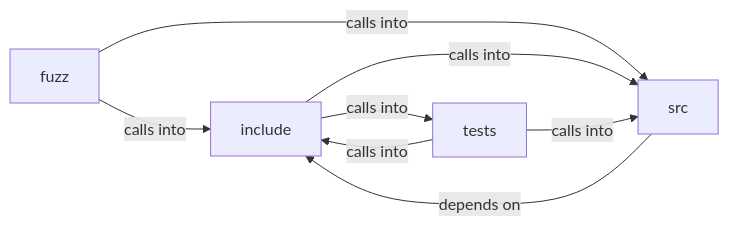
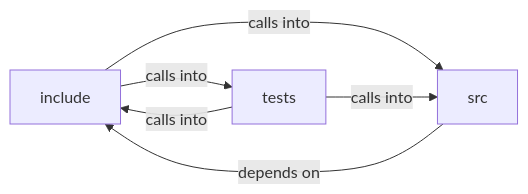
Before and after one commit to grisuno/FreeDom: the diagram in readmenator-diagrams/include_page_view.md, drawn with Mermaid. The commit also changed other lines of this file and 364 other files, not shown here.

````diff
--- a/readmenator-diagrams/include_page_view.md
+++ b/readmenator-diagrams/include_page_view.md
@@ -5,14 +5,11 @@
 ```mermaid
 graph LR
-    fuzz["fuzz"]
     include["include"]
     src["src"]
     tests["tests"]
-    fuzz -- "calls into" --> include
-    fuzz -- "calls into" --> src
     include -- "calls into" --> src
     include -- "calls into" --> tests
     src -- "depends on" --> include
     tests -- "calls into" --> include
     tests -- "calls into" --> src
 ```
````
